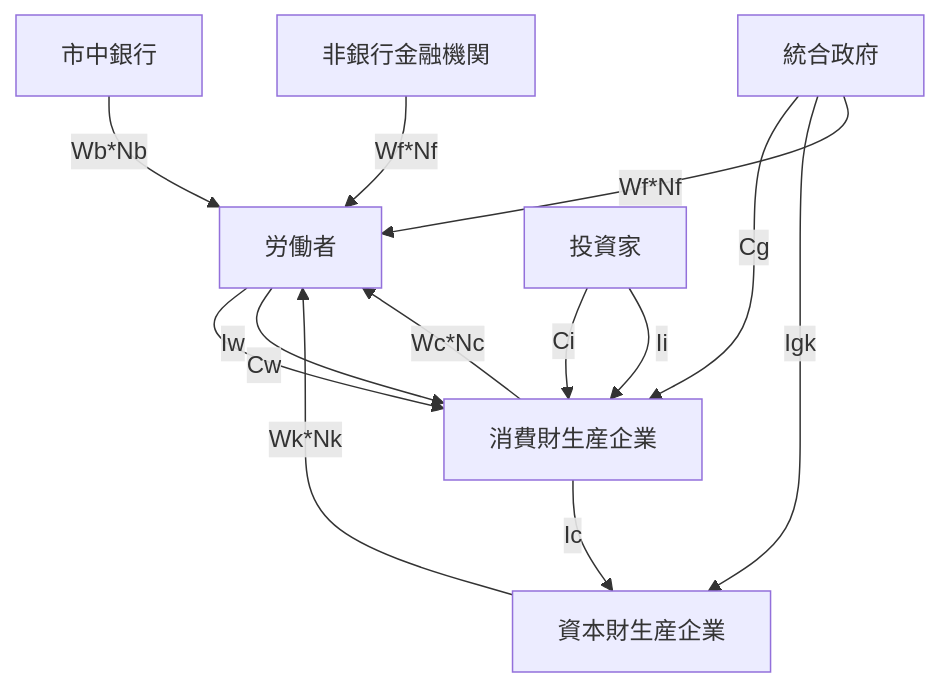
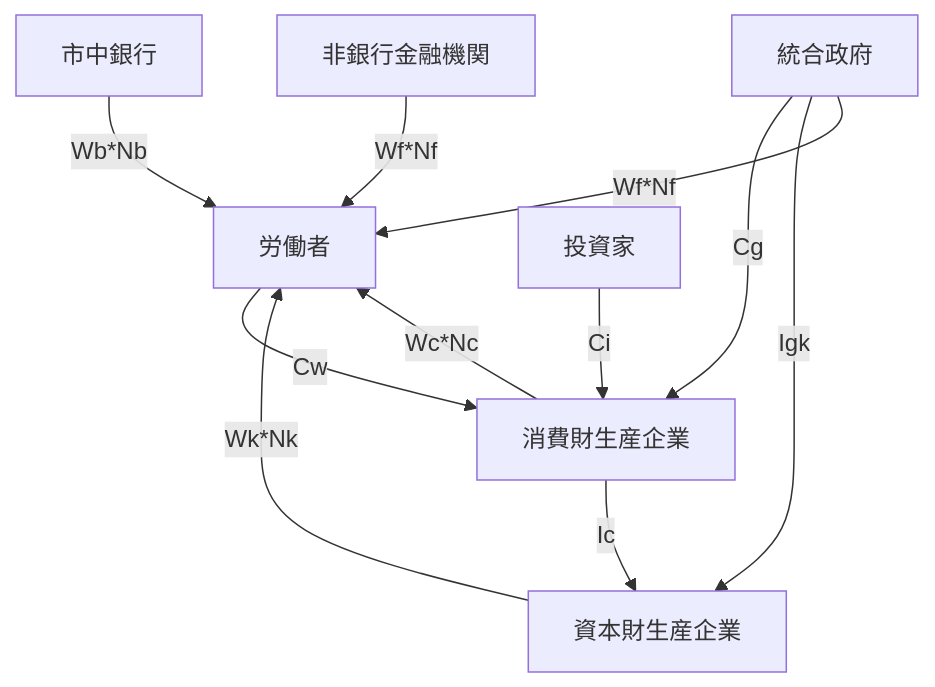
The diagram in 本文.md (rokaboNatttsu/to_make_text_about_SFCmodel), drawn with Mermaid before and after one commit. The commit also changed other lines of this file, not shown here.

````diff
--- a/本文.md
+++ b/本文.md
@@ -630,15 +630,13 @@
 ```mermaid
 flowchart
   労働者 -- Cw --> 消費財生産企業
   投資家 -- Ci --> 消費財生産企業
-  労働者 -- Iw --> 消費財生産企業
-  投資家 -- Ii --> 消費財生産企業
   統合政府 -- Cg --> 消費財生産企業
   消費財生産企業 -- Ic --> 資本財生産企業
   統合政府 -- Igk --> 資本財生産企業
   消費財生産企業 -- Wc*Nc --> 労働者
   資本財生産企業 -- Wk*Nk --> 労働者
   市中銀行 -- Wb*Nb --> 労働者
   非銀行金融機関 -- Wf*Nf --> 労働者
   統合政府 -- Wf*Nf --> 労働者
 ```
````
